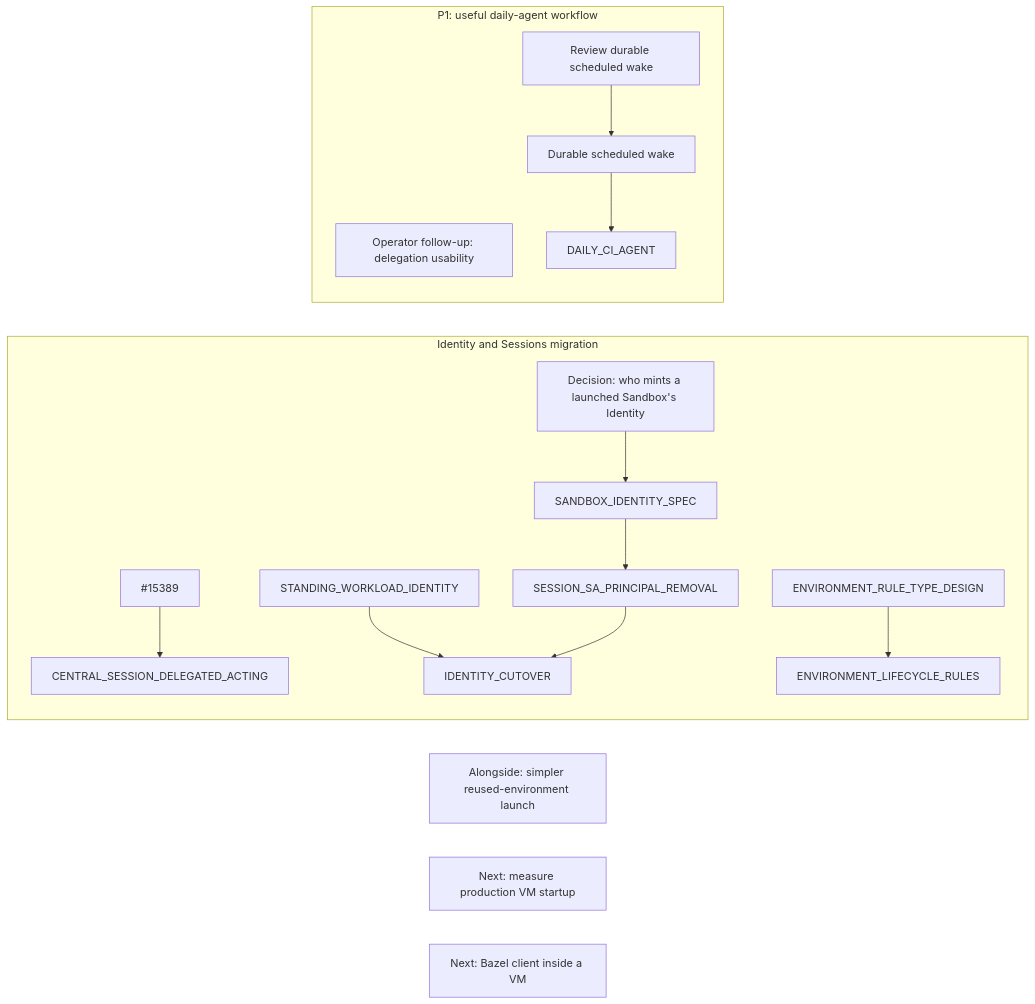
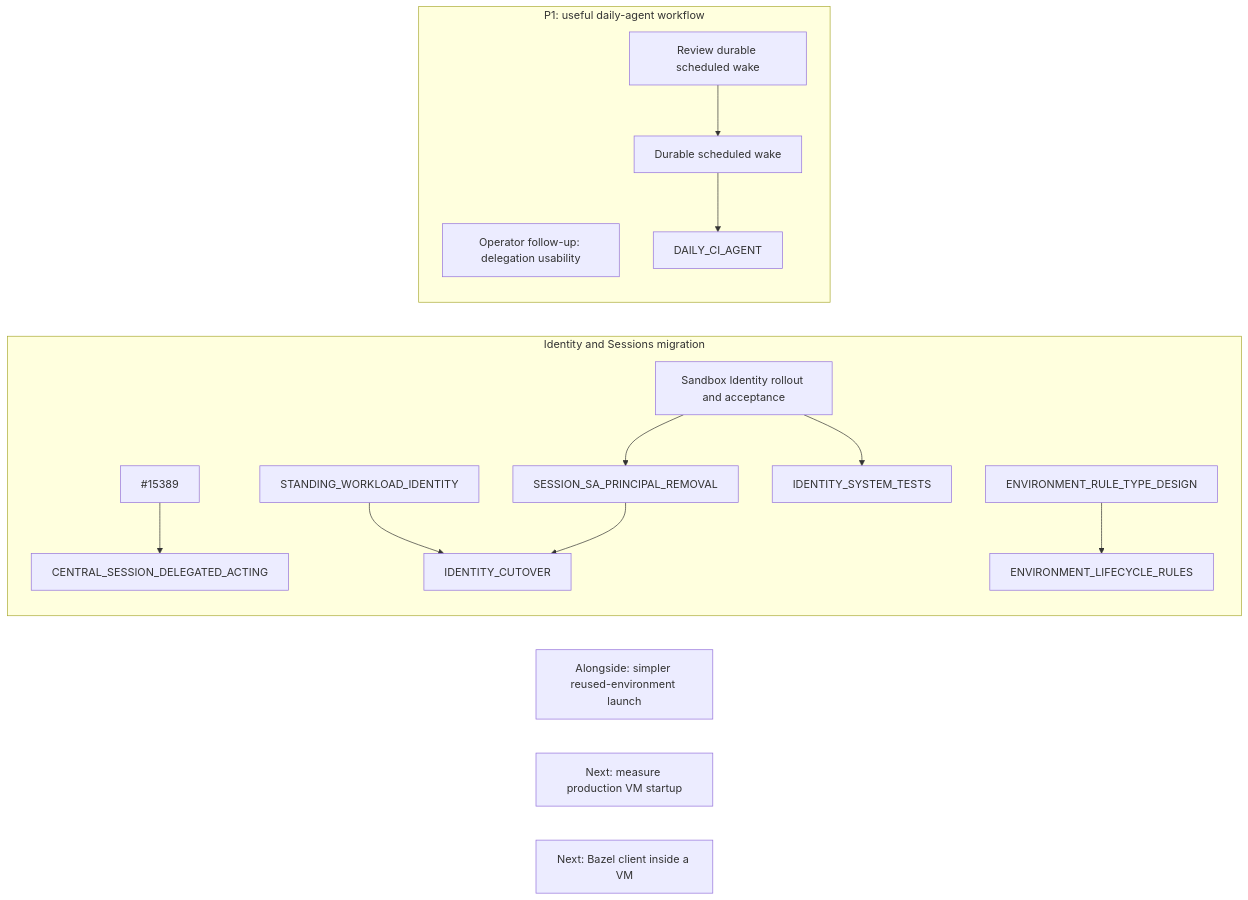
The first of 18 diagrams in agentplane/plans/task_dag.md (agentydragon/ducktape), drawn with Mermaid before and after one commit. The commit also changed other lines of this file and 1 other file, not shown here.

Commit message:
agentplane/plans: distinguish Sandbox Identity merge from rollout

````diff
--- a/agentplane/plans/task_dag.md
+++ b/agentplane/plans/task_dag.md
@@ -201,18 +203,18 @@
 ```mermaid
 flowchart LR
     subgraph IDENTITY_TRACK[Identity and Sessions migration]
         SERVICES_IDENTITY_PRINCIPAL[#15389] --> CENTRAL_SESSION_DELEGATED_ACTING
         STANDING_WORKLOAD_IDENTITY --> IDENTITY_CUTOVER
         ENVIRONMENT_RULE_TYPE_DESIGN --> ENVIRONMENT_LIFECYCLE_RULES
-        QUESTION_11[Decision: who mints a launched Sandbox's Identity] --> SANDBOX_IDENTITY_SPEC
+        SANDBOX_IDENTITY_SPEC[Sandbox Identity rollout and acceptance] --> IDENTITY_SYSTEM_TESTS
         SANDBOX_IDENTITY_SPEC --> SESSION_SA_PRINCIPAL_REMOVAL --> IDENTITY_CUTOVER
     end
     subgraph PRIORITY_ONE[P1: useful daily-agent workflow]
         THREAD_CREATE_AUTHORIZATION[Operator follow-up: delegation usability]
         SCHEDULED_AGENT_WAKE_DESIGN[Review durable scheduled wake] --> SCHEDULED_AGENT_WAKE
         SCHEDULED_AGENT_WAKE[Durable scheduled wake] --> DAILY_CI_AGENT
     end
     SESSION_LAUNCH_FRICTION[Alongside: simpler reused-environment launch]
     VM_STARTUP_LATENCY[Next: measure production VM startup]
     LOCAL_BAZEL[Next: Bazel client inside a VM]
 ```
````
